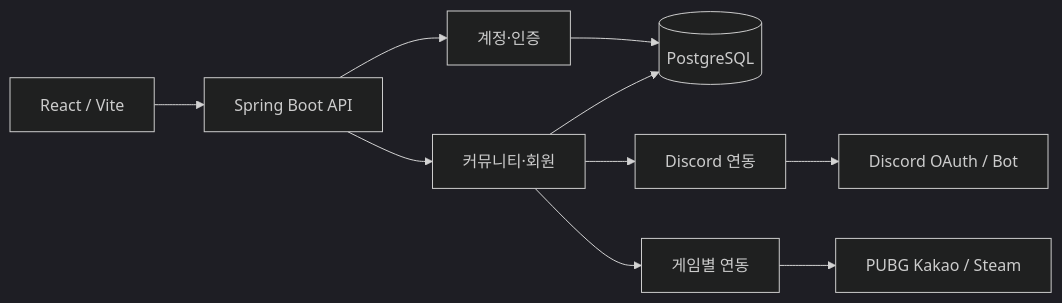
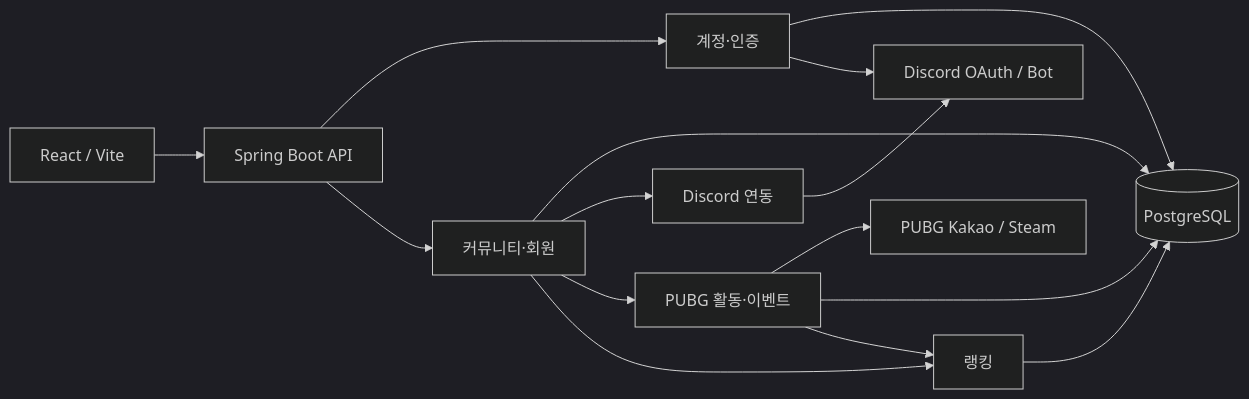
One commit to heun0180/community-platform-portfolio changed the diagram in README.md. Above: the diagram before and after it, drawn with Mermaid (dark theme). The commit also changed other lines of this file and 4 other files, not shown here.

````diff
--- a/README.md
+++ b/README.md
@@ -61,12 +70,17 @@
 ```mermaid
 flowchart LR
     Web["React / Vite"] --> API["Spring Boot API"]
     API --> Auth["계정·인증"]
     API --> Community["커뮤니티·회원"]
     Community --> DB[("PostgreSQL")]
     Auth --> DB
     Community --> Discord["Discord 연동"]
-    Community --> Game["게임별 연동"]
-    Discord --> DiscordAPI["Discord OAuth / Bot"]
+    Community --> Game["PUBG 활동·이벤트"]
+    Community --> Ranking["랭킹"]
+    Auth --> DiscordAPI["Discord OAuth / Bot"]
+    Discord --> DiscordAPI
     Game --> PUBG["PUBG Kakao / Steam"]
+    Game --> DB
+    Game --> Ranking
+    Ranking --> DB
 ```
````
